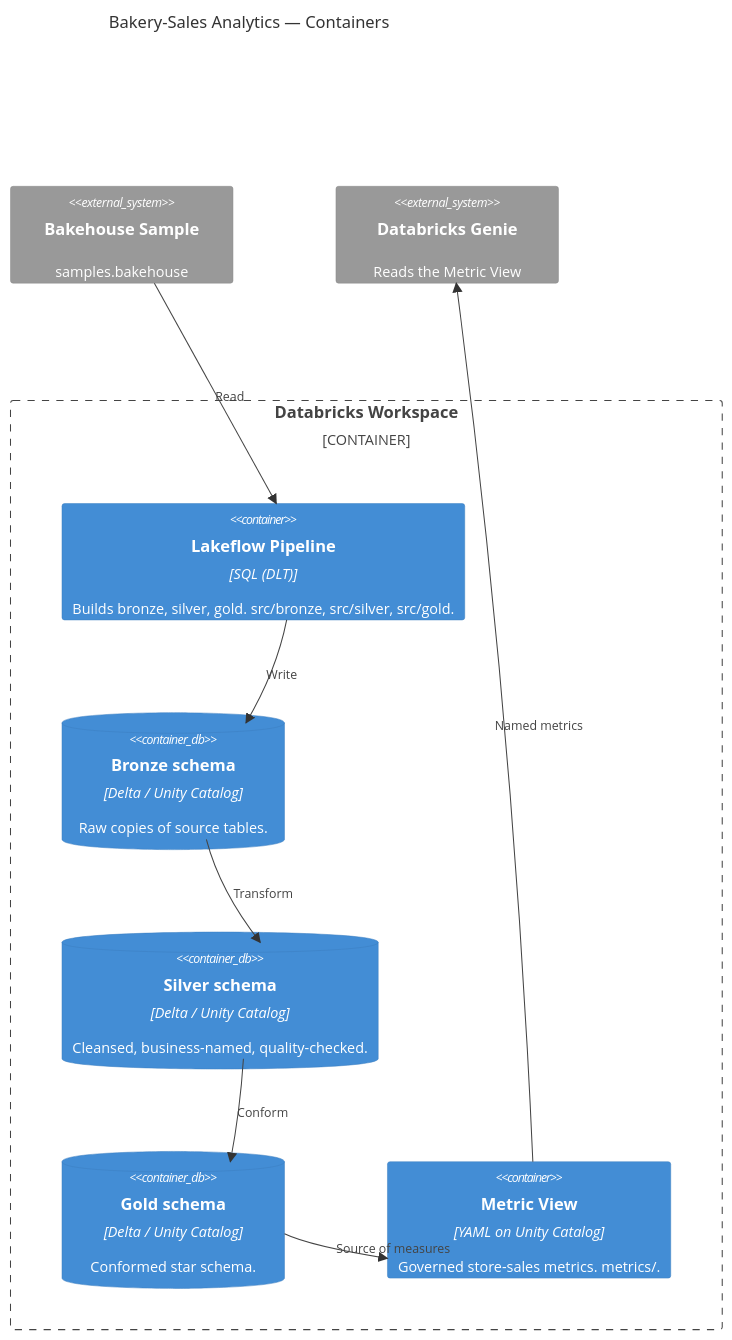
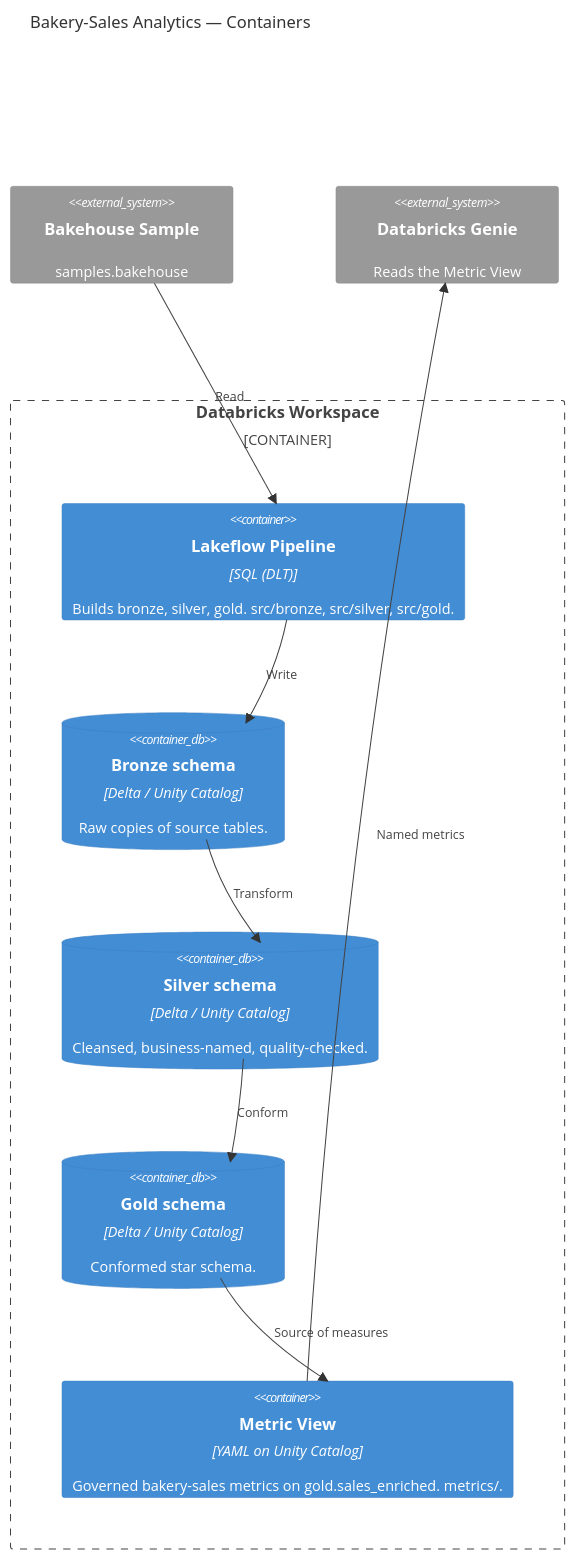
Before and after one commit to marcinkostkiewiczlingaro/dbx_meetup_demo: the diagram in docs/architecture/c4/02_container.md, drawn with Mermaid. The commit also changed 6 other files, not shown here.

````diff
--- a/docs/architecture/c4/02_container.md
+++ b/docs/architecture/c4/02_container.md
@@ -6,23 +6,23 @@
 ```mermaid
 C4Container
   title Bakery-Sales Analytics — Containers
 
   System_Ext(bakehouse, "Bakehouse Sample", "samples.bakehouse")
 
   Container_Boundary(ws, "Databricks Workspace") {
     Container(pipeline, "Lakeflow Pipeline", "SQL (DLT)", "Builds bronze, silver, gold. src/bronze, src/silver, src/gold.")
     ContainerDb(bronze, "Bronze schema", "Delta / Unity Catalog", "Raw copies of source tables.")
     ContainerDb(silver, "Silver schema", "Delta / Unity Catalog", "Cleansed, business-named, quality-checked.")
     ContainerDb(gold, "Gold schema", "Delta / Unity Catalog", "Conformed star schema.")
-    Container(metric, "Metric View", "YAML on Unity Catalog", "Governed store-sales metrics. metrics/.")
+    Container(metric, "Metric View", "YAML on Unity Catalog", "Governed bakery-sales metrics on gold.sales_enriched. metrics/.")
   }
 
   System_Ext(genie, "Databricks Genie", "Reads the Metric View")
 
   Rel(bakehouse, pipeline, "Read")
   Rel(pipeline, bronze, "Write")
   Rel(bronze, silver, "Transform")
   Rel(silver, gold, "Conform")
   Rel(gold, metric, "Source of measures")
   Rel(metric, genie, "Named metrics")
 ```
````
